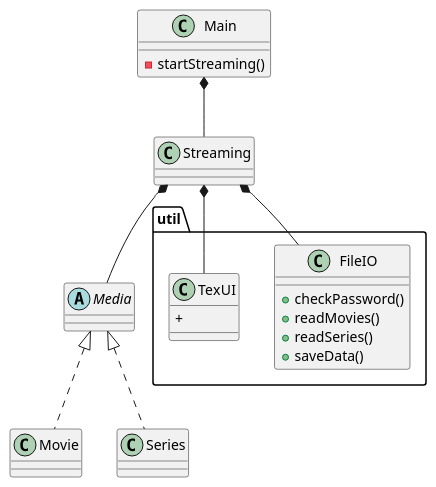
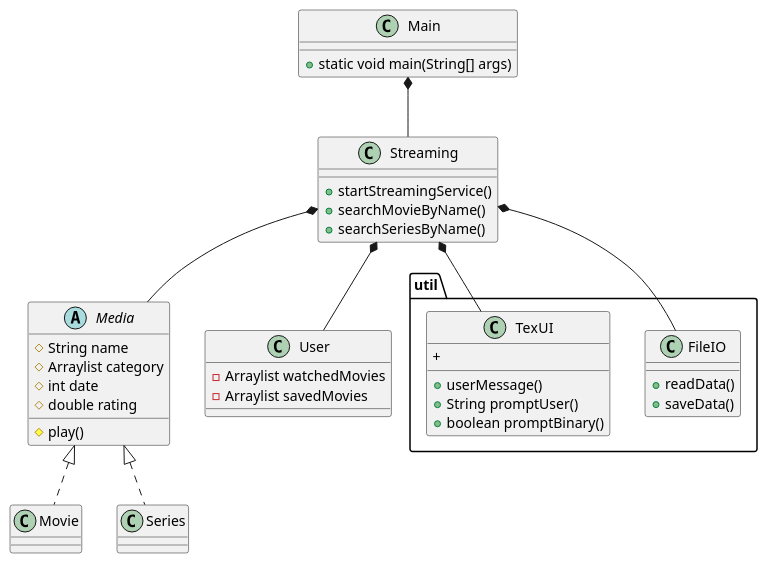
The diagram in doc/model/static/classDiagram.puml (Studiegruppe-B/SP3-Streamingtjeneste), drawn with PlantUML before and after one commit.

Commit message:
class diagram update

```diff
--- a/doc/model/static/classDiagram.puml
+++ b/doc/model/static/classDiagram.puml
@@ -1,42 +1,57 @@
 @startuml
 class Main{
-- startStreaming()
++ static void main(String[] args)
+
 }
 
 class Streaming{
-
++ startStreamingService()
++ searchMovieByName()
++ searchSeriesByName()
 }
 
 
 
 
 abstract class Media{
+# String name
+# Arraylist category
+# int date
+# double rating
 
+# play()
 }
 
 class Movie{
 }
 
 class Series{
 }
 
+class User{
+- Arraylist watchedMovies
+- Arraylist savedMovies
+}
+
 package "util"{
 class FileIO{
-+ checkPassword()
-+ readMovies()
-+ readSeries()
++ readData()
 + saveData()
 }
 
 class TexUI{
++ userMessage()
++ String promptUser()
++ boolean promptBinary()
 +
 }
 }
 
 Main *-- Streaming
 Streaming *-- Media
 Streaming *-- FileIO
 Streaming *-- TexUI
+Streaming *-- User
 Media <|.. Movie
 Media <|.. Series
 @enduml
```
